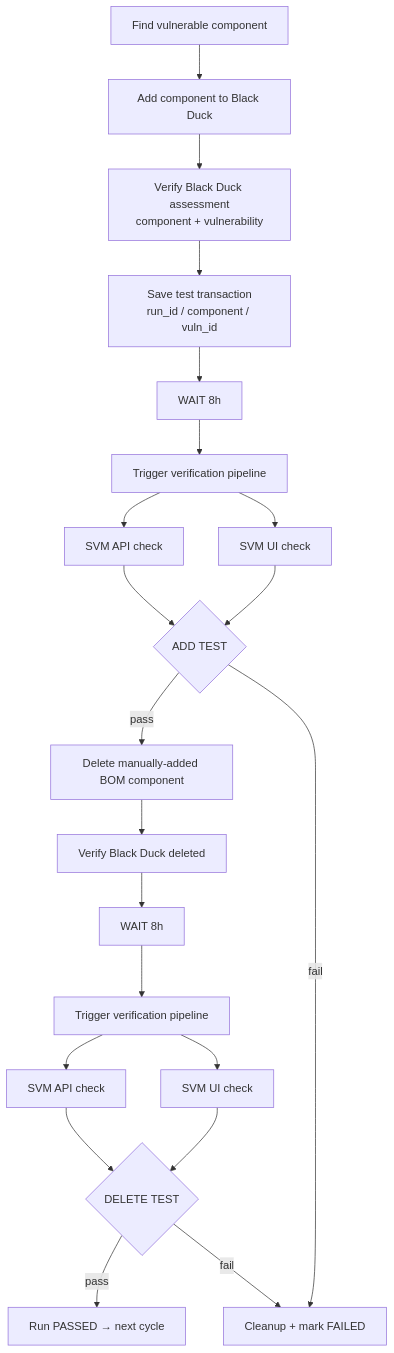
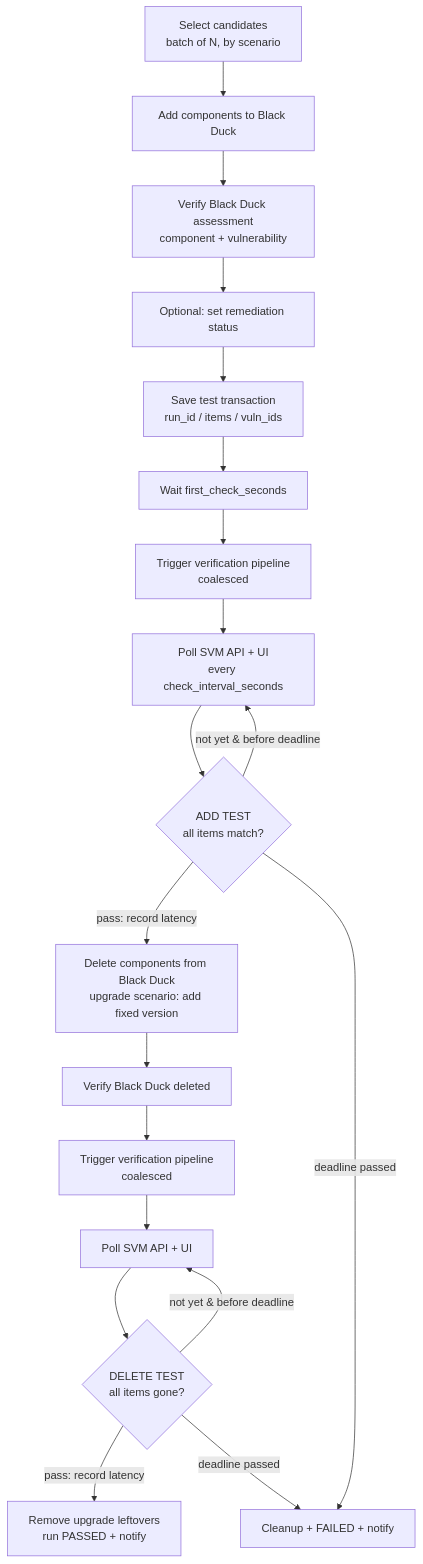
The diagram in docs/ARCHITECTURE.md (anuu1989/bd-svm-automation), drawn with Mermaid before and after one commit. The commit also changed other lines of this file and 32 other files, not shown here.

````diff
--- a/docs/ARCHITECTURE.md
+++ b/docs/ARCHITECTURE.md
@@ -11,19 +12,21 @@
 ```mermaid
 flowchart TD
-    A[Find vulnerable component] --> B[Add component to Black Duck]
+    A[Select candidates<br/>batch of N, by scenario] --> B[Add components to Black Duck]
     B --> C[Verify Black Duck assessment<br/>component + vulnerability]
-    C --> D[Save test transaction<br/>run_id / component / vuln_id]
-    D --> E[WAIT 8h]
-    E --> F[Trigger verification pipeline]
-    F --> G[SVM API check] & H[SVM UI check]
-    G & H --> I{ADD TEST}
-    I -- pass --> J[Delete manually-added BOM component]
-    I -- fail --> X[Cleanup + mark FAILED]
+    C --> C2[Optional: set remediation status]
+    C2 --> D[Save test transaction<br/>run_id / items / vuln_ids]
+    D --> E[Wait first_check_seconds]
+    E --> F[Trigger verification pipeline<br/>coalesced]
+    F --> G[Poll SVM API + UI<br/>every check_interval_seconds]
+    G --> I{ADD TEST<br/>all items match?}
+    I -- not yet & before deadline --> G
+    I -- pass: record latency --> J[Delete components from Black Duck<br/>upgrade scenario: add fixed version]
+    I -- deadline passed --> X[Cleanup + FAILED + notify]
     J --> K[Verify Black Duck deleted]
-    K --> L[WAIT 8h]
-    L --> M[Trigger verification pipeline]
-    M --> N[SVM API check] & O[SVM UI check]
-    N & O --> P{DELETE TEST}
-    P -- pass --> Q[Run PASSED → next cycle]
-    P -- fail --> X
+    K --> M[Trigger verification pipeline<br/>coalesced]
+    M --> N[Poll SVM API + UI]
+    N --> P{DELETE TEST<br/>all items gone?}
+    P -- not yet & before deadline --> N
+    P -- pass: record latency --> Q[Remove upgrade leftovers<br/>run PASSED + notify]
+    P -- deadline passed --> X
 ```
````
